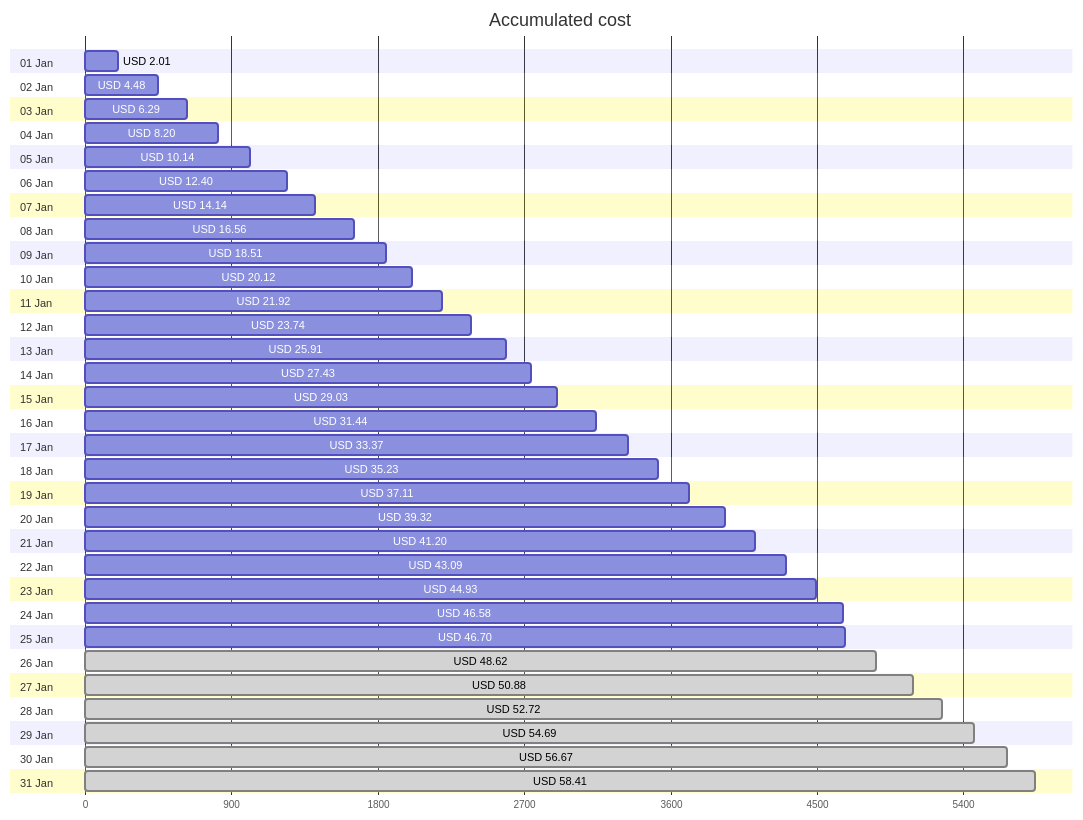
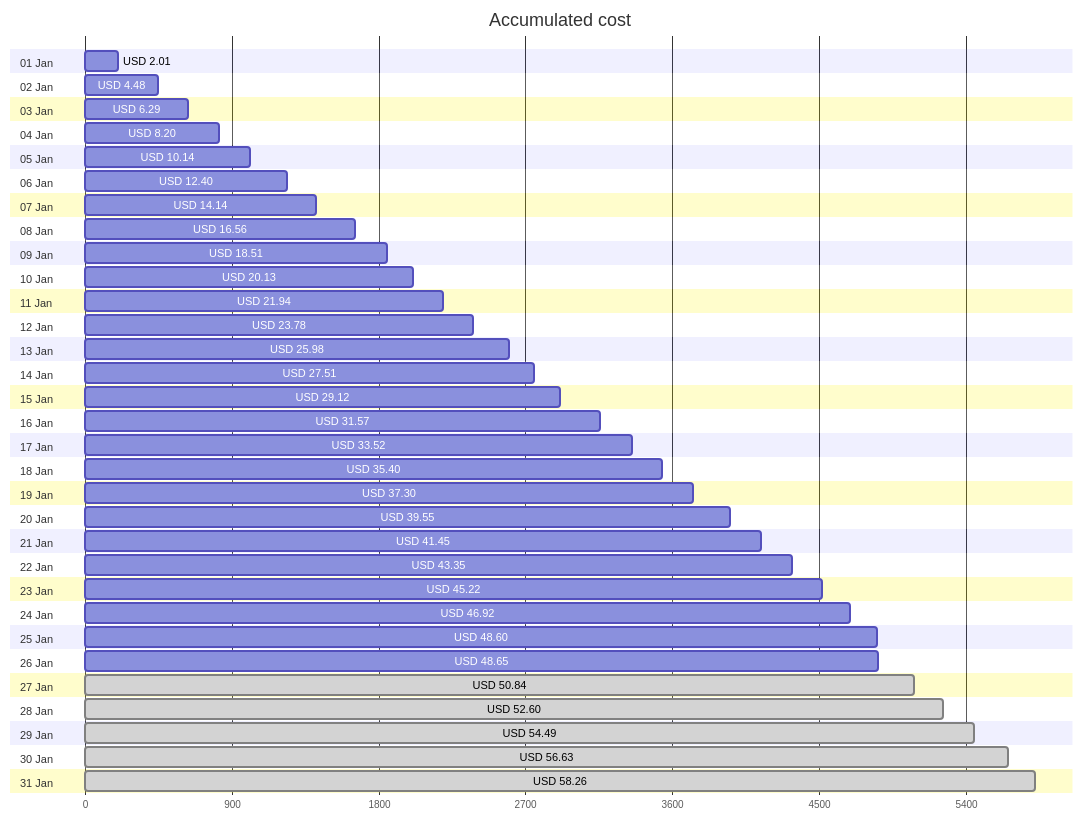
One commit to jpfulton/azure-personal-reports changed the first of 4 diagrams in cost-reports/personal-network/README.md. Above: the diagram before and after it, drawn with Mermaid. The commit also changed other lines of this file and 8 other files, not shown here.

````diff
--- a/cost-reports/personal-network/README.md
+++ b/cost-reports/personal-network/README.md
@@ -20,68 +20,68 @@
 ```mermaid
 gantt
    title Accumulated cost
    dateFormat  X
    axisFormat %s
    section 01 Jan
    USD 2.01 :0, 201
    section 02 Jan
    USD 4.48 :0, 448
    section 03 Jan
    USD 6.29 :0, 629
    section 04 Jan
    USD 8.20 :0, 820
    section 05 Jan
    USD 10.14 :0, 1014
    section 06 Jan
    USD 12.40 :0, 1240
    section 07 Jan
    USD 14.14 :0, 1414
    section 08 Jan
    USD 16.56 :0, 1656
    section 09 Jan
    USD 18.51 :0, 1851
    section 10 Jan
-   USD 20.12 :0, 2012
+   USD 20.13 :0, 2013
    section 11 Jan
-   USD 21.92 :0, 2192
+   USD 21.94 :0, 2194
    section 12 Jan
-   USD 23.74 :0, 2374
+   USD 23.78 :0, 2378
    section 13 Jan
-   USD 25.91 :0, 2591
+   USD 25.98 :0, 2598
    section 14 Jan
-   USD 27.43 :0, 2743
+   USD 27.51 :0, 2751
    section 15 Jan
-   USD 29.03 :0, 2903
+   USD 29.12 :0, 2912
    section 16 Jan
-   USD 31.44 :0, 3144
+   USD 31.57 :0, 3157
    section 17 Jan
-   USD 33.37 :0, 3337
+   USD 33.52 :0, 3352
    section 18 Jan
-   USD 35.23 :0, 3523
+   USD 35.40 :0, 3540
    section 19 Jan
-   USD 37.11 :0, 3711
+   USD 37.30 :0, 3730
    section 20 Jan
-   USD 39.32 :0, 3932
+   USD 39.55 :0, 3955
    section 21 Jan
-   USD 41.20 :0, 4120
+   USD 41.45 :0, 4145
    section 22 Jan
-   USD 43.09 :0, 4309
+   USD 43.35 :0, 4335
    section 23 Jan
-   USD 44.93 :0, 4493
+   USD 45.22 :0, 4522
    section 24 Jan
-   USD 46.58 :0, 4658
+   USD 46.92 :0, 4692
    section 25 Jan
-   USD 46.70 :0, 4670
+   USD 48.60 :0, 4860
    section 26 Jan
-   USD 48.62 : done, 0, 4862
+   USD 48.65 :0, 4865
    section 27 Jan
-   USD 50.88 : done, 0, 5088
+   USD 50.84 : done, 0, 5084
    section 28 Jan
-   USD 52.72 : done, 0, 5272
+   USD 52.60 : done, 0, 5260
    section 29 Jan
-   USD 54.69 : done, 0, 5469
+   USD 54.49 : done, 0, 5449
    section 30 Jan
-   USD 56.67 : done, 0, 5667
+   USD 56.63 : done, 0, 5663
    section 31 Jan
-   USD 58.41 : done, 0, 5841
+   USD 58.26 : done, 0, 5826
 ```
````
